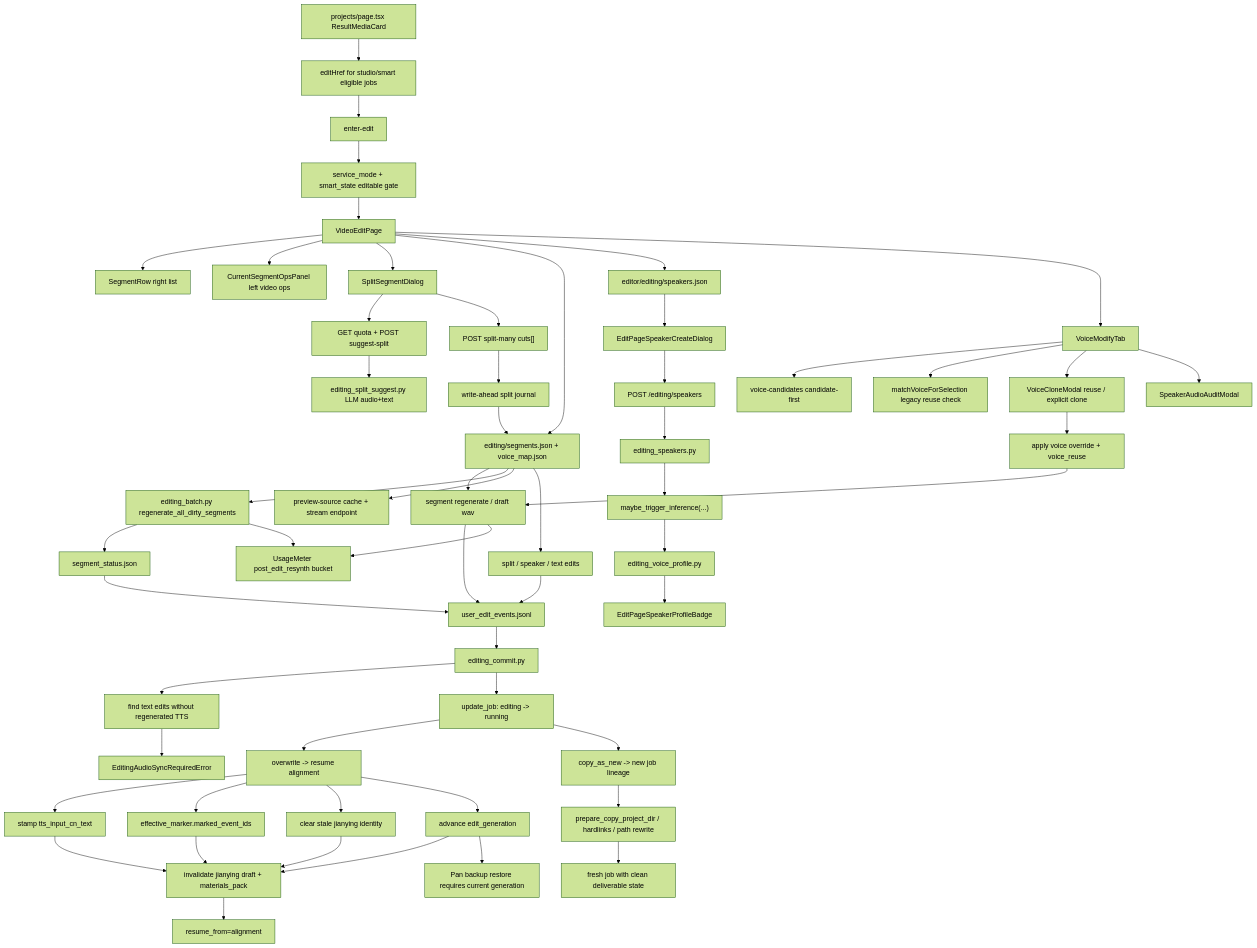
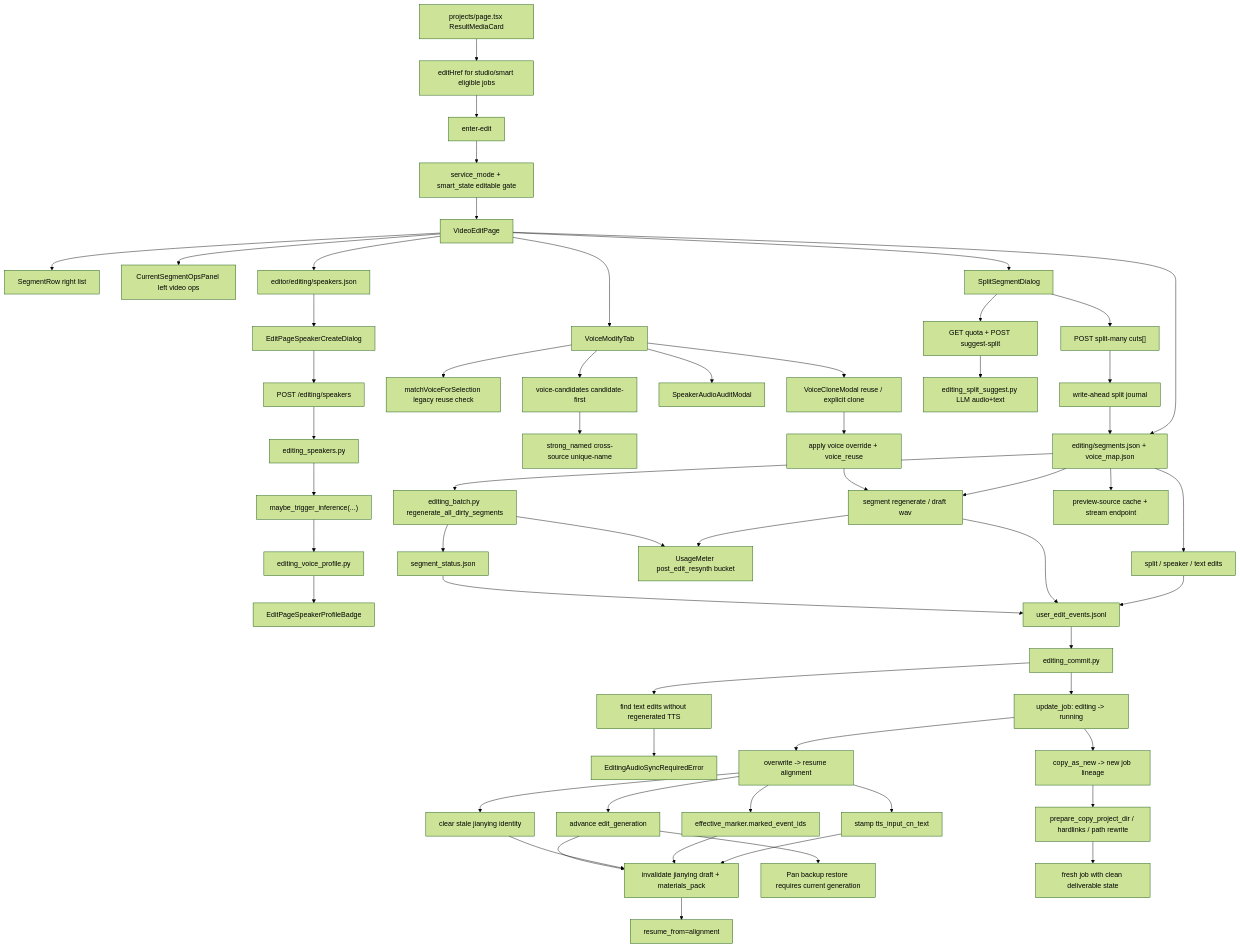
The diagram in docs/graphs/GITNEXUS_EDITING_POST_EDIT_GRAPH.md (sun9bear/AITransVideo), drawn with Mermaid (forest theme) before and after one commit. The commit also changed other lines of this file and 12 other files, not shown here.

Commit message:
docs(graphs): refresh GitNexus maps for May 24

````diff
--- a/docs/graphs/GITNEXUS_EDITING_POST_EDIT_GRAPH.md
+++ b/docs/graphs/GITNEXUS_EDITING_POST_EDIT_GRAPH.md
@@ -25,64 +26,65 @@
 ```mermaid
 graph TD
     Projects["projects/page.tsx ResultMediaCard"] --> EditHref["editHref for studio/smart eligible jobs"]
     EditHref --> EditEntry["enter-edit"]
     EditEntry --> ModeGate["service_mode + smart_state editable gate"]
     ModeGate --> EditPage["VideoEditPage"]
     EditPage --> SegmentRow["SegmentRow right list"]
     EditPage --> OpsPanel["CurrentSegmentOpsPanel left video ops"]
     EditPage --> SplitDialog["SplitSegmentDialog"]
     EditPage --> Segments["editing/segments.json + voice_map.json"]
     EditPage --> Speakers["editor/editing/speakers.json"]
     EditPage --> VoiceModify["VoiceModifyTab"]
     VoiceModify --> CandidateApi["voice-candidates candidate-first"]
+    CandidateApi --> StrongNamed["strong_named cross-source unique-name"]
     VoiceModify --> ReuseMatch["matchVoiceForSelection legacy reuse check"]
     VoiceModify --> CloneModal["VoiceCloneModal reuse / explicit clone"]
     VoiceModify --> AudioAudit["SpeakerAudioAuditModal"]
     CloneModal --> VoiceOverride["apply voice override + voice_reuse"]
 
     Speakers --> CreateDialog["EditPageSpeakerCreateDialog"]
     CreateDialog --> CreateApi["POST /editing/speakers"]
     CreateApi --> SpeakersSvc["editing_speakers.py"]
     SpeakersSvc --> ProfileKick["maybe_trigger_inference(...)"]
     ProfileKick --> ProfileJob["editing_voice_profile.py"]
     ProfileJob --> ProfileBadge["EditPageSpeakerProfileBadge"]
 
     Segments --> SingleTTS["segment regenerate / draft wav"]
     Segments --> BatchTTS["editing_batch.py regenerate_all_dirty_segments"]
     Segments --> PreviewSource["preview-source cache + stream endpoint"]
     Segments --> Structural["split / speaker / text edits"]
     SplitDialog --> SuggestSplit["GET quota + POST suggest-split"]
     SuggestSplit --> LLMSuggest["editing_split_suggest.py LLM audio+text"]
     SplitDialog --> SplitMany["POST split-many cuts[]"]
     SplitMany --> Journal["write-ahead split journal"]
     Journal --> Segments
 
     VoiceOverride --> SingleTTS
     Structural --> Audit["user_edit_events.jsonl"]
     SingleTTS --> Audit
     SingleTTS --> Usage["UsageMeter post_edit_resynth bucket"]
     BatchTTS --> StatusMap["segment_status.json"]
     StatusMap --> Audit
     BatchTTS --> Usage
 
     Audit --> Commit["editing_commit.py"]
     Commit --> SyncCheck["find text edits without regenerated TTS"]
     SyncCheck --> Guard["EditingAudioSyncRequiredError"]
     Commit --> Claim["update_job: editing -> running"]
     Claim --> Overwrite["overwrite -> resume alignment"]
     Claim --> CopyNew["copy_as_new -> new job lineage"]
 
     Overwrite --> Stamp["stamp tts_input_cn_text"]
     Overwrite --> Marker["effective_marker.marked_event_ids"]
     Overwrite --> Retire["clear stale jianying identity"]
     Overwrite --> EditGen["advance edit_generation"]
     Stamp --> Reset["invalidate jianying draft + materials_pack"]
     Marker --> Reset
     Retire --> Reset
     EditGen --> Reset
     EditGen --> PanBoundary["Pan backup restore requires current generation"]
     Reset --> Resume["resume_from=alignment"]
 
     CopyNew --> Prepare["prepare_copy_project_dir / hardlinks / path rewrite"]
     Prepare --> NewJob["fresh job with clean deliverable state"]
 ```
````
